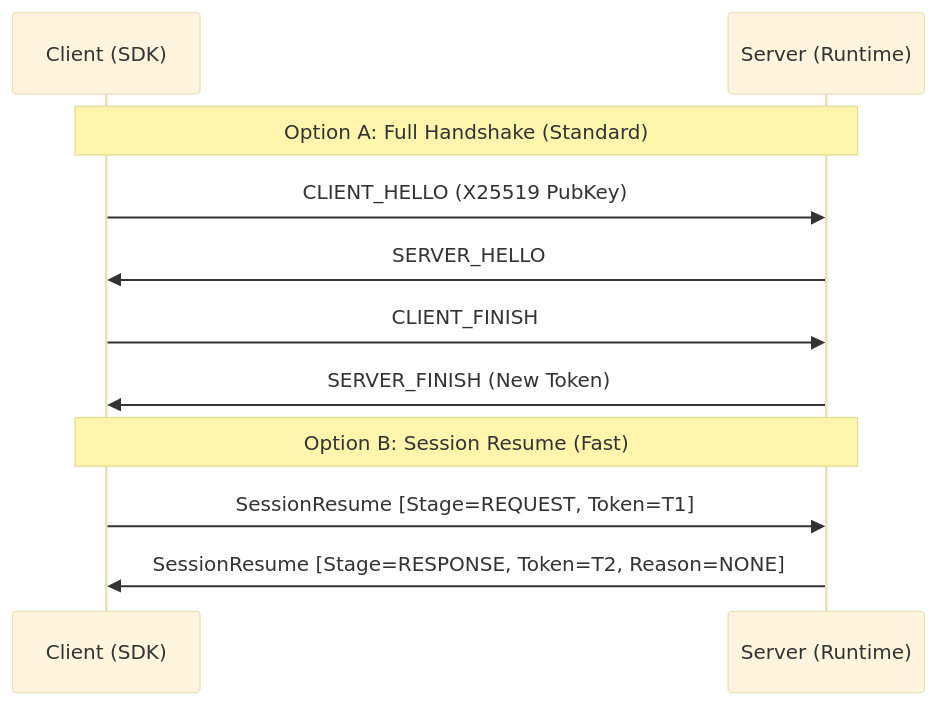
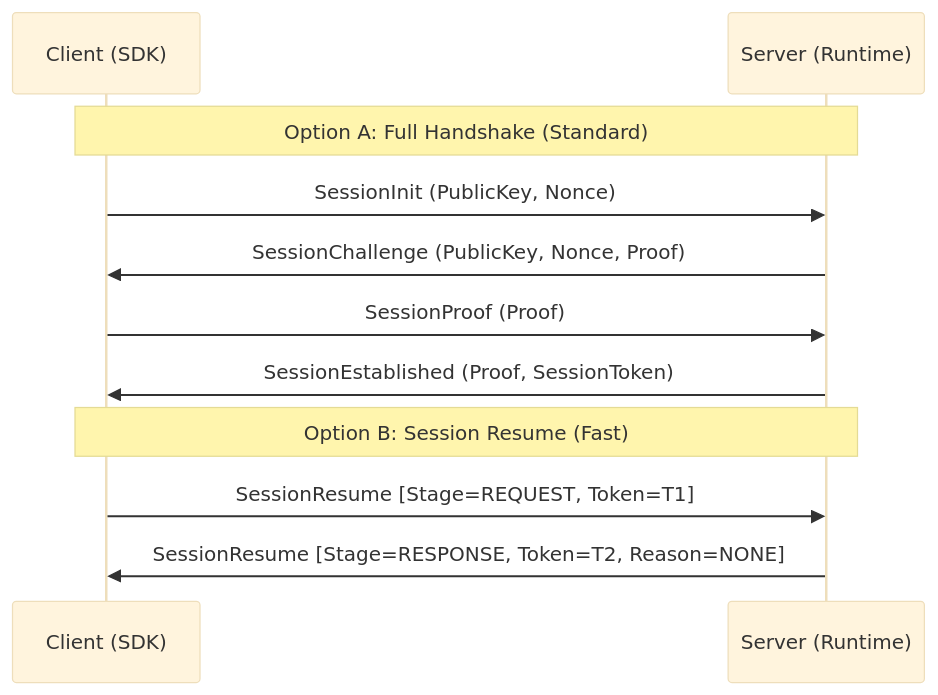
The diagram in docs/api/security/session-resume.md (ppn-systems/Nalix), drawn with Mermaid (base theme) before and after one commit. The commit also changed other lines of this file and 524 other files, not shown here.

````diff
--- a/docs/api/security/session-resume.md
+++ b/docs/api/security/session-resume.md
@@ -27,15 +27,15 @@
 ```mermaid
 sequenceDiagram
     participant C as Client (SDK)
     participant S as Server (Runtime)
     
     Note over C, S: Option A: Full Handshake (Standard)
-    C->>S: CLIENT_HELLO (X25519 PubKey)
-    S->>C: SERVER_HELLO
-    C->>S: CLIENT_FINISH
-    S->>C: SERVER_FINISH (New Token)
+    C->>S: SessionInit (PublicKey, Nonce)
+    S->>C: SessionChallenge (PublicKey, Nonce, Proof)
+    C->>S: SessionProof (Proof)
+    S->>C: SessionEstablished (Proof, SessionToken)
     
     Note over C, S: Option B: Session Resume (Fast)
     C->>S: SessionResume [Stage=REQUEST, Token=T1]
     S->>C: SessionResume [Stage=RESPONSE, Token=T2, Reason=NONE]
 ```
````
